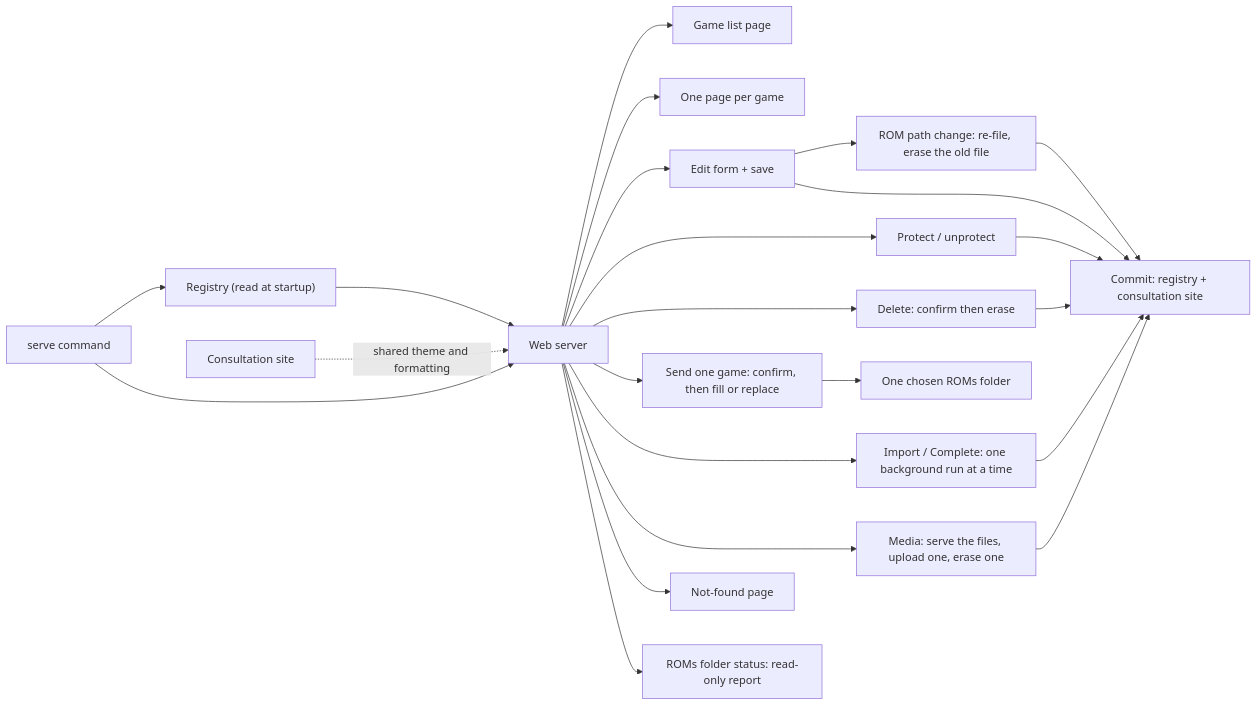
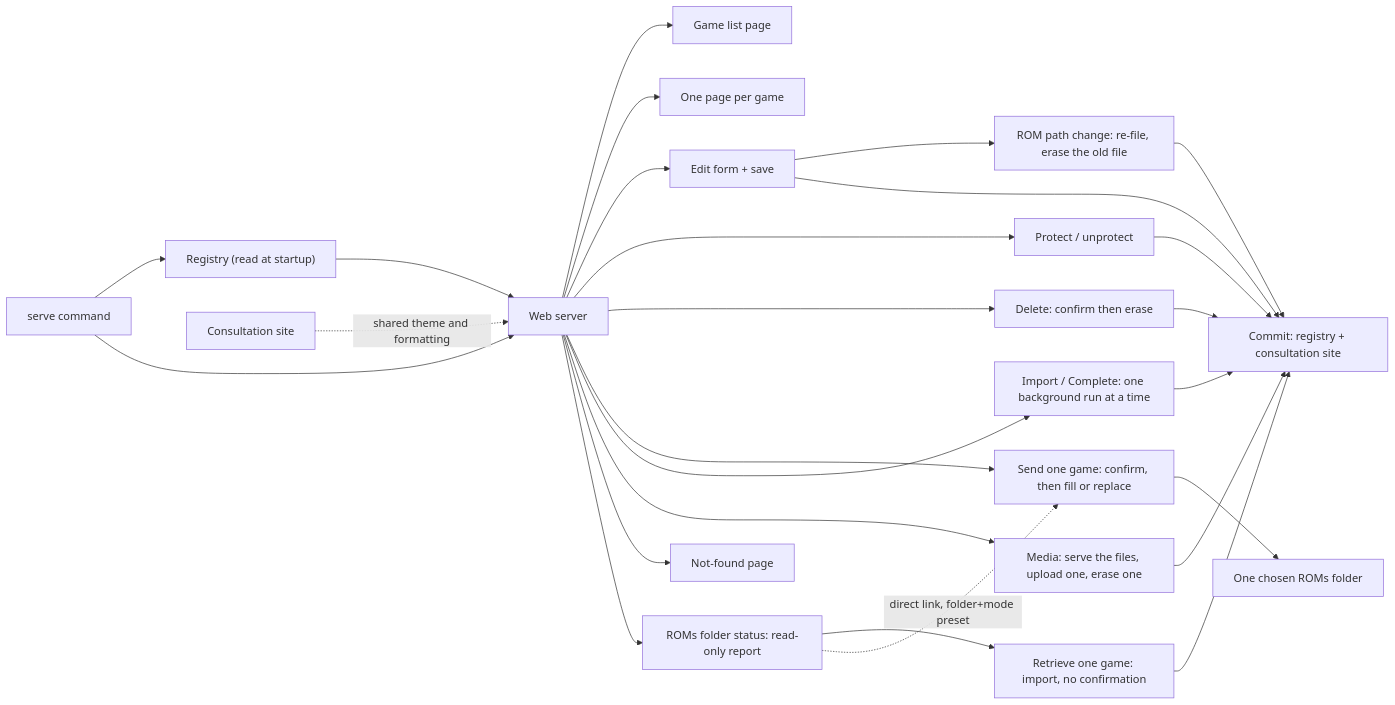
The diagram in docs/architecture.md (neolao/batocera-scrap-manager), drawn with Mermaid before and after one commit. The commit also changed other lines of this file and 13 other files, not shown here.

First line of the commit message:
feat: retrieve and send one game straight from its ROMs folder status row

````diff
--- a/docs/architecture.md
+++ b/docs/architecture.md
@@ -65,25 +65,28 @@
 ```mermaid
 flowchart LR
   CLI["serve command"] --> REG["Registry (read at startup)"]
   CLI --> SRV["Web server"]
   REG --> SRV
   SRV --> LIST["Game list page"]
   SRV --> GAME["One page per game"]
   SRV --> EDIT["Edit form + save"]
   EDIT --> PATH["ROM path change: re-file, erase the old file"]
   PATH --> COMMIT
   SRV --> PROT["Protect / unprotect"]
   PROT --> COMMIT
   SRV --> DEL["Delete: confirm then erase"]
   DEL --> COMMIT
   SRV --> SEND["Send one game: confirm, then fill or replace"]
   SEND --> ROMS["One chosen ROMs folder"]
   SRV --> JOB["Import / Complete: one background run at a time"]
   JOB --> COMMIT
   SRV --> MEDIA["Media: serve the files, upload one, erase one"]
   MEDIA --> COMMIT
   SRV --> NF["Not-found page"]
   SRV --> STATUS["ROMs folder status: read-only report"]
+  STATUS --> RETRIEVE["Retrieve one game: import, no confirmation"]
+  RETRIEVE --> COMMIT
+  STATUS -. direct link, folder+mode preset .-> SEND
   EDIT --> COMMIT["Commit: registry + consultation site"]
   SITE["Consultation site"] -. shared theme and formatting .-> SRV
 ```
````
